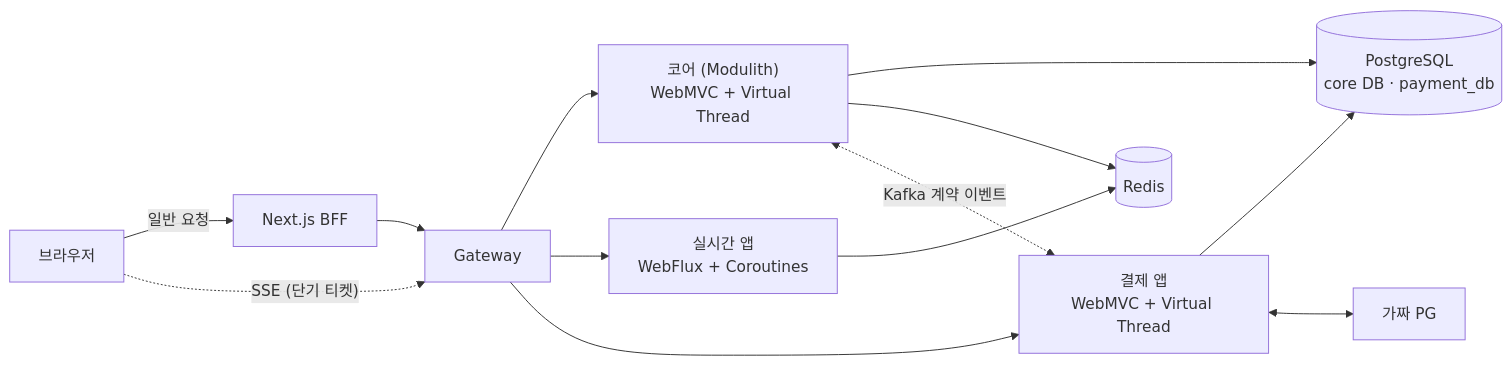
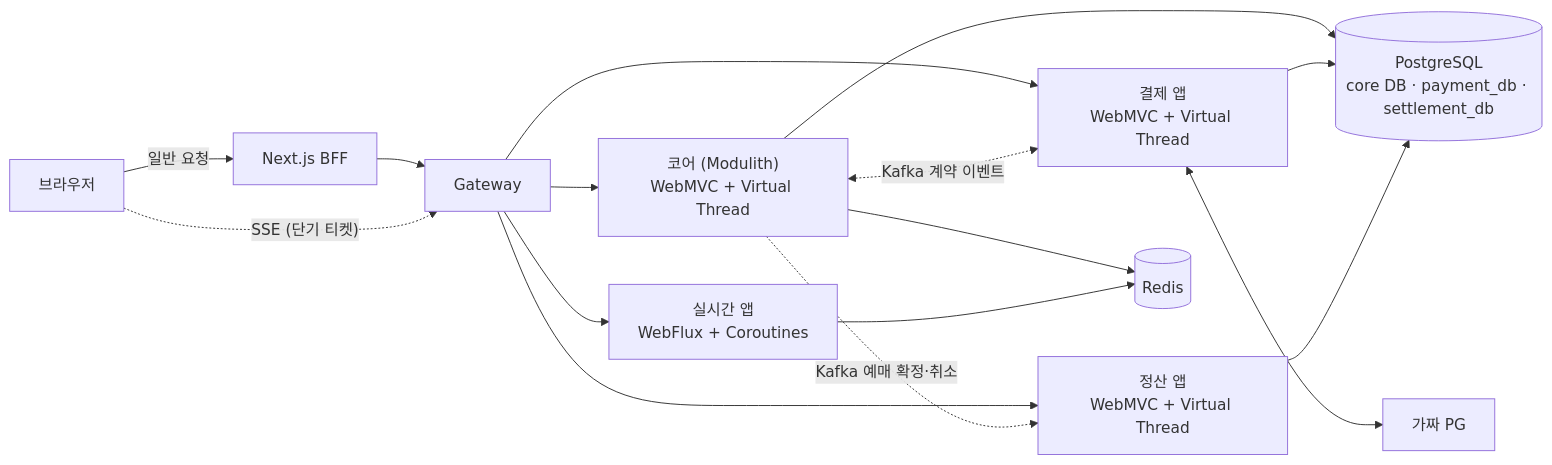
Before and after one commit to jkonury/ticketing: the diagram in README.md, drawn with Mermaid. The commit also changed other lines of this file and 36 other files, not shown here.

````diff
--- a/README.md
+++ b/README.md
@@ -17,22 +17,26 @@
 ```mermaid
 flowchart LR
     B[브라우저]
     W[Next.js BFF]
     G[Gateway]
     C["코어 (Modulith)<br/>WebMVC + Virtual Thread"]
     P["결제 앱<br/>WebMVC + Virtual Thread"]
+    S["정산 앱<br/>WebMVC + Virtual Thread"]
     R["실시간 앱<br/>WebFlux + Coroutines"]
     PG[가짜 PG]
-    DB[("PostgreSQL<br/>core DB · payment_db")]
+    DB[("PostgreSQL<br/>core DB · payment_db · settlement_db")]
     RD[(Redis)]
 
     B -- 일반 요청 --> W --> G --> C
     B -. "SSE (단기 티켓)" .-> G --> R
     G --> P
+    G --> S
     C --> DB
     C --> RD
     C <-. "Kafka 계약 이벤트" .-> P
+    C -. "Kafka 예매 확정·취소" .-> S
     P --> DB
+    S --> DB
     R --> RD
     P <--> PG
 ```
````
